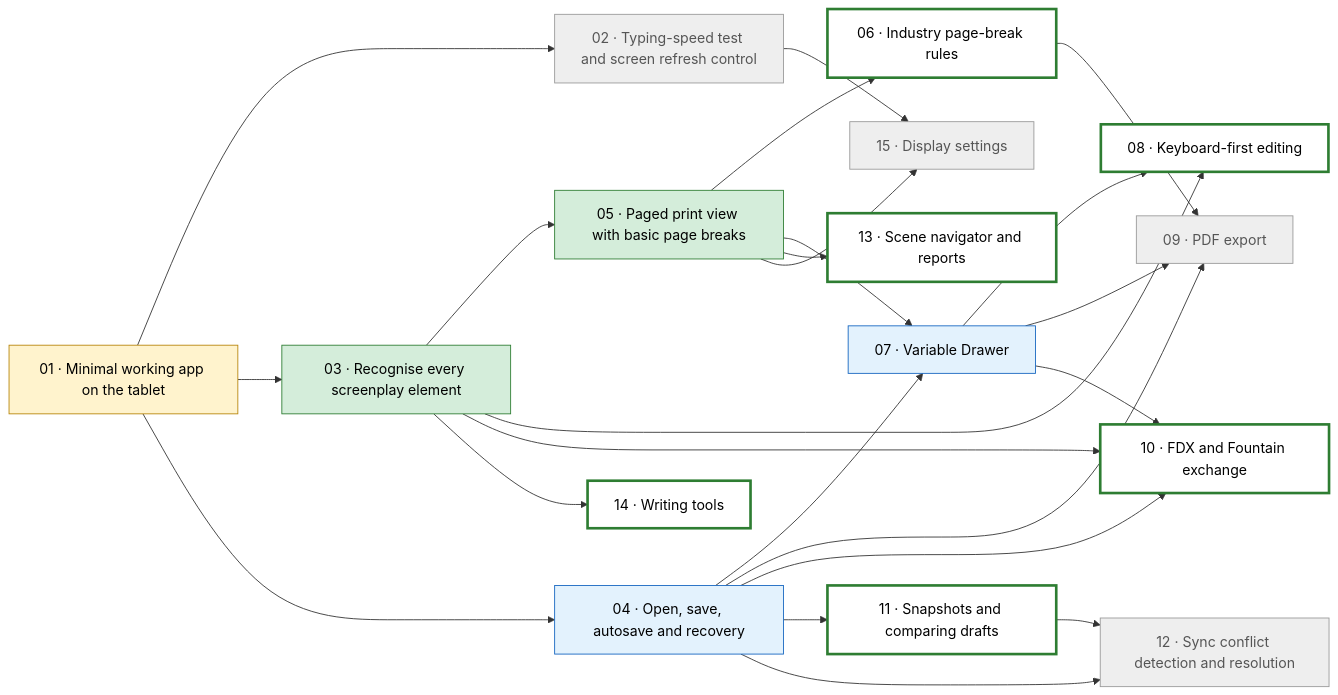
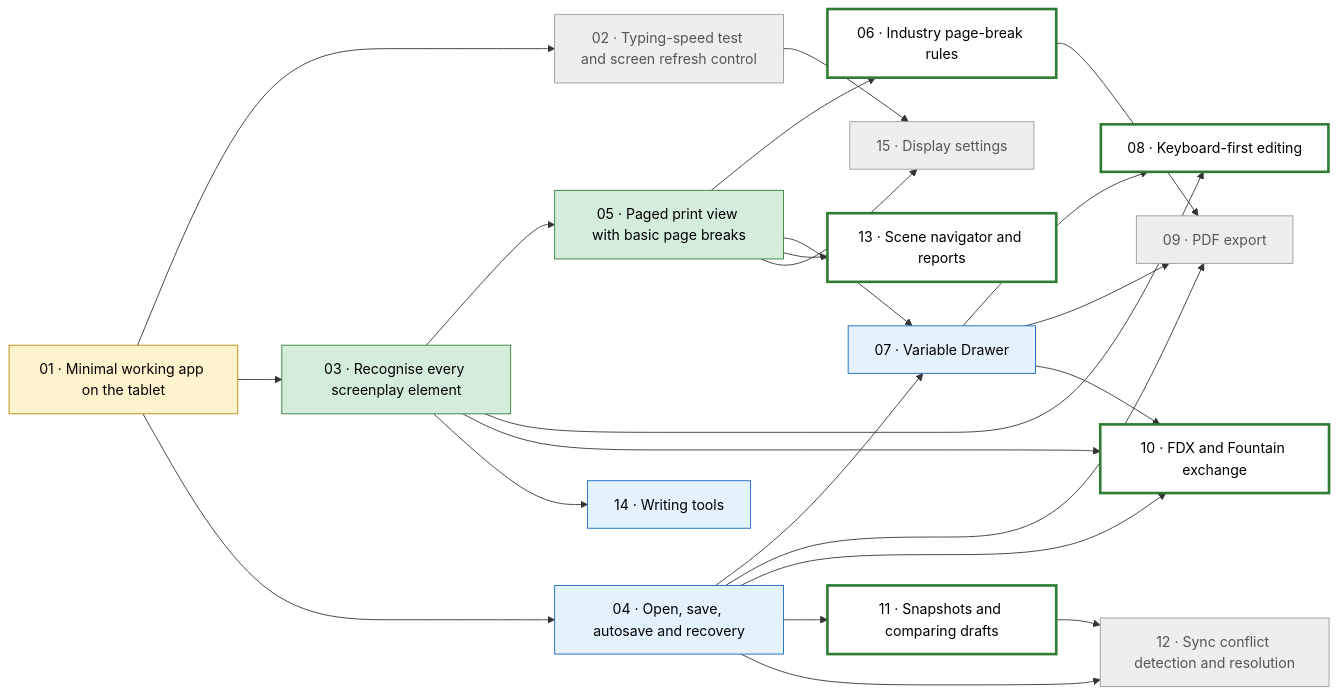
One commit to mikebgio/eink-screenplay-writer changed the diagram in PLAN.md. Above: the diagram before and after it, drawn with Mermaid. The commit also changed other lines of this file and 20 other files, not shown here.

First line of the commit message:
14: Writing tools (#20)

````diff
--- a/PLAN.md
+++ b/PLAN.md
@@ -45,45 +45,45 @@
 ```mermaid
 flowchart LR
   T01["01 · Minimal working app on the tablet"]:::inprogress
   T02["02 · Typing-speed test and screen refresh control"]:::blocked
   T03["03 · Recognise every screenplay element"]:::done
   T04["04 · Open, save, autosave and recovery"]:::needsdevice
   T05["05 · Paged print view with basic page breaks"]:::done
   T06["06 · Industry page-break rules"]:::ready
   T07["07 · Variable Drawer"]:::needsdevice
   T08["08 · Keyboard-first editing"]:::ready
   T09["09 · PDF export"]:::blocked
   T10["10 · FDX and Fountain exchange"]:::ready
   T11["11 · Snapshots and comparing drafts"]:::ready
   T12["12 · Sync conflict detection and resolution"]:::blocked
   T13["13 · Scene navigator and reports"]:::ready
-  T14["14 · Writing tools"]:::ready
+  T14["14 · Writing tools"]:::needsdevice
   T15["15 · Display settings"]:::blocked
   T01 --> T02
   T01 --> T03
   T01 --> T04
   T03 --> T05
   T05 --> T06
   T04 --> T07
   T05 --> T07
   T03 --> T08
   T07 --> T08
   T04 --> T09
   T06 --> T09
   T07 --> T09
   T03 --> T10
   T04 --> T10
   T07 --> T10
   T04 --> T11
   T04 --> T12
   T11 --> T12
   T05 --> T13
   T03 --> T14
   T02 --> T15
   T05 --> T15
   classDef done fill:#d4edda,stroke:#2e7d32,color:#000
   classDef needsdevice fill:#e3f2fd,stroke:#1565c0,color:#000
   classDef inprogress fill:#fff3cd,stroke:#b8860b,color:#000
   classDef ready fill:#ffffff,stroke:#2e7d32,stroke-width:3px,color:#000
   classDef blocked fill:#eeeeee,stroke:#999,color:#555
 ```
````
